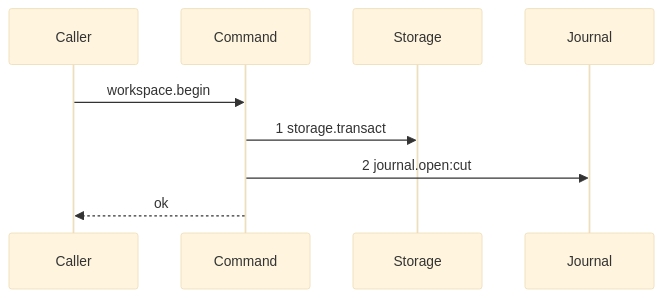
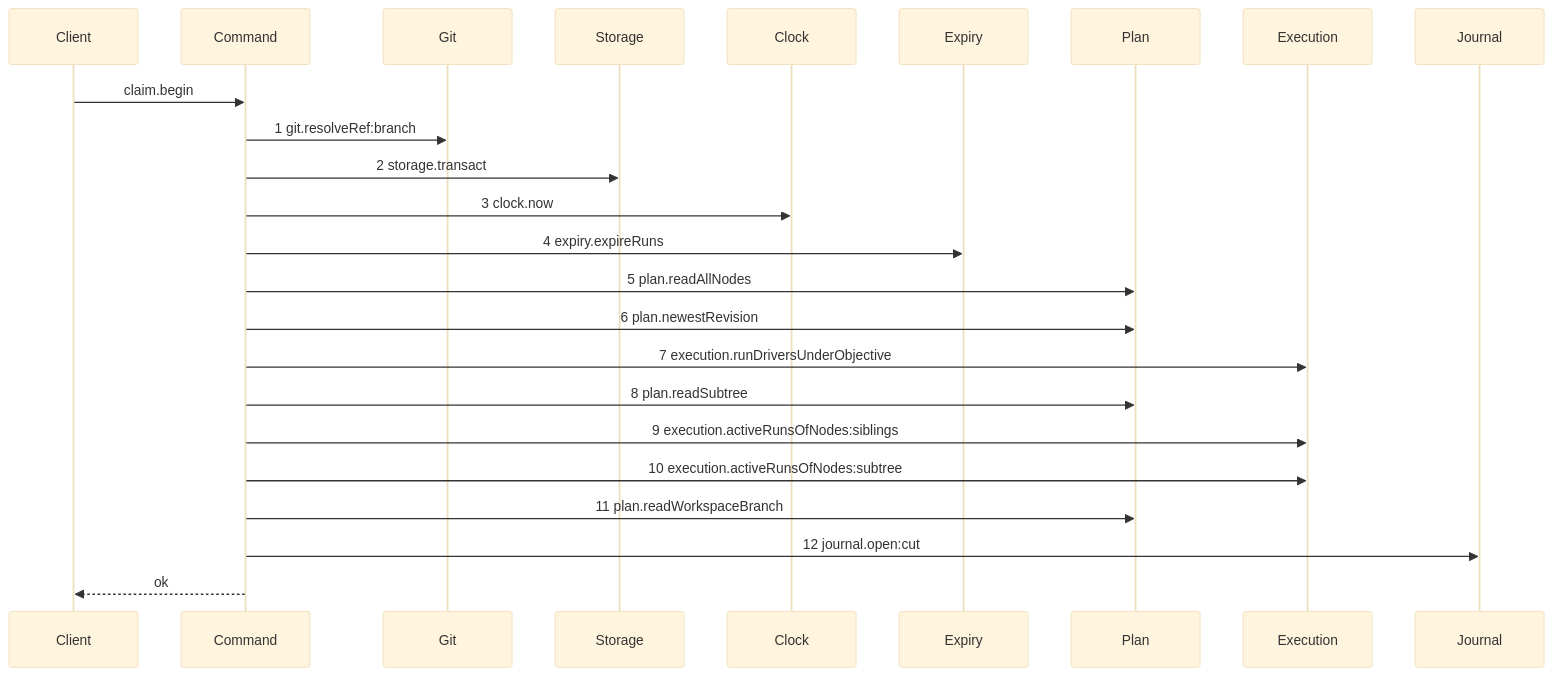
Before and after one commit to kanthorlabs/kanthord-engine: the second of 22 diagrams in .agents/plan/epics/051-the-execution-checkpoint.md, drawn with Mermaid (base theme). The commit also changed other lines of this file, not shown here.

````diff
--- a/.agents/plan/epics/051-the-execution-checkpoint.md
+++ b/.agents/plan/epics/051-the-execution-checkpoint.md
@@ -299,11 +315,26 @@
 ```mermaid
 sequenceDiagram
-    participant Caller
+    participant Client
     participant Command
+    participant Git
     participant Storage
+    participant Clock
+    participant Expiry
+    participant Plan
+    participant Execution
     participant Journal
-    Caller->>Command: workspace.begin
-    Command->>Storage: 1 storage.transact
-    Command->>Journal: 2 journal.open:cut
-    Command-->>Caller: ok
+    Client->>Command: claim.begin
+    Command->>Git: 1 git.resolveRef:branch
+    Command->>Storage: 2 storage.transact
+    Command->>Clock: 3 clock.now
+    Command->>Expiry: 4 expiry.expireRuns
+    Command->>Plan: 5 plan.readAllNodes
+    Command->>Plan: 6 plan.newestRevision
+    Command->>Execution: 7 execution.runDriversUnderObjective
+    Command->>Plan: 8 plan.readSubtree
+    Command->>Execution: 9 execution.activeRunsOfNodes:siblings
+    Command->>Execution: 10 execution.activeRunsOfNodes:subtree
+    Command->>Plan: 11 plan.readWorkspaceBranch
+    Command->>Journal: 12 journal.open:cut
+    Command-->>Client: ok
 ```
````
